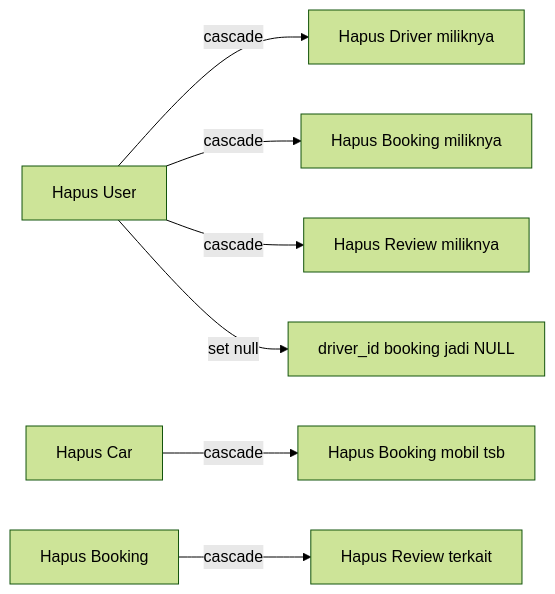
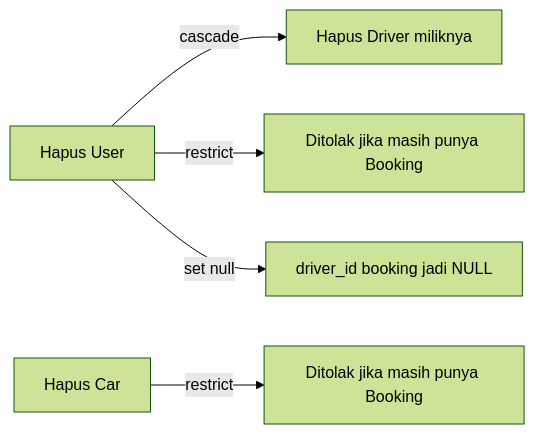
One commit to FaridRah16/Prasetya-Rent-Car- changed the second of 2 diagrams in docs/02-relasi-tabel.md. Above: the diagram before and after it, drawn with Mermaid (forest theme). The commit also changed other lines of this file and 12 other files, not shown here.

````diff
--- a/docs/02-relasi-tabel.md
+++ b/docs/02-relasi-tabel.md
@@ -73,9 +65,7 @@
 ```mermaid
 graph LR
     A[Hapus User] -->|cascade| B[Hapus Driver miliknya]
-    A -->|cascade| C[Hapus Booking miliknya]
-    A -->|cascade| D[Hapus Review miliknya]
+    A -->|restrict| C[Ditolak jika masih punya Booking]
     A -->|set null| E[driver_id booking jadi NULL]
-    F[Hapus Car] -->|cascade| G[Hapus Booking mobil tsb]
-    H[Hapus Booking] -->|cascade| I[Hapus Review terkait]
+    F[Hapus Car] -->|restrict| G[Ditolak jika masih punya Booking]
 ```
````
